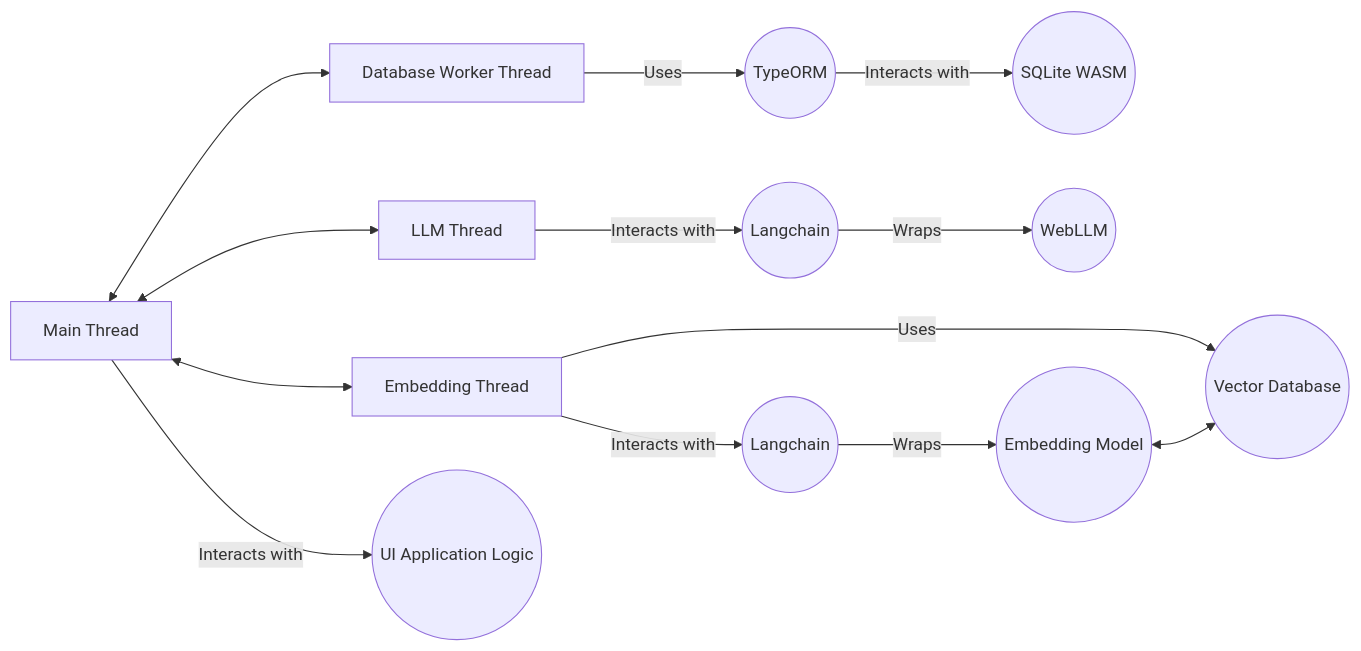
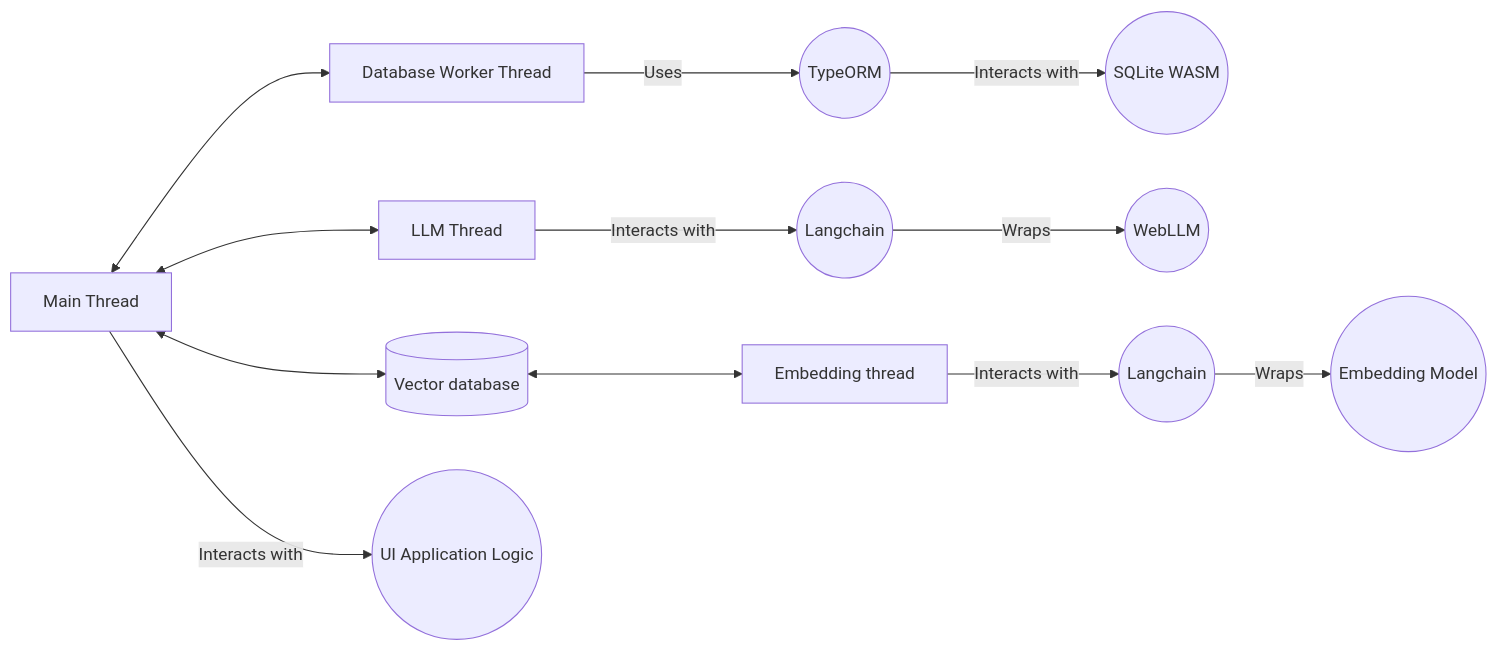
Before and after one commit to zrg-team/NoLLMChat: the diagram in README.md, drawn with Mermaid.

Commit message:
Chore: update README.md
* Update mermaid flow

````diff
--- a/README.md
+++ b/README.md
@@ -61,16 +61,15 @@
 ```mermaid
 graph LR
     A[Main Thread] <--> C[Database Worker Thread]
     C -->|Uses| I((TypeORM))
     I -->|Interacts with| D((SQLite WASM))
     A <--> E[LLM Thread]
     E -->|Interacts with| J((Langchain))
     J -->|Wraps| F((WebLLM))
-    A <--> G[Embedding Thread]
-    G -->|Interacts with| K((Langchain))
+    A <--> G[(Vector database)]
+    G <--> H[Embedding thread]
+    H -->|Interacts with| K((Langchain))
     K -->|Wraps| L((Embedding Model))
-    G -->|Uses| H((Vector Database))
-    L <--> H
     
     A -->|Interacts with| B((UI Application Logic))
 ```
````
